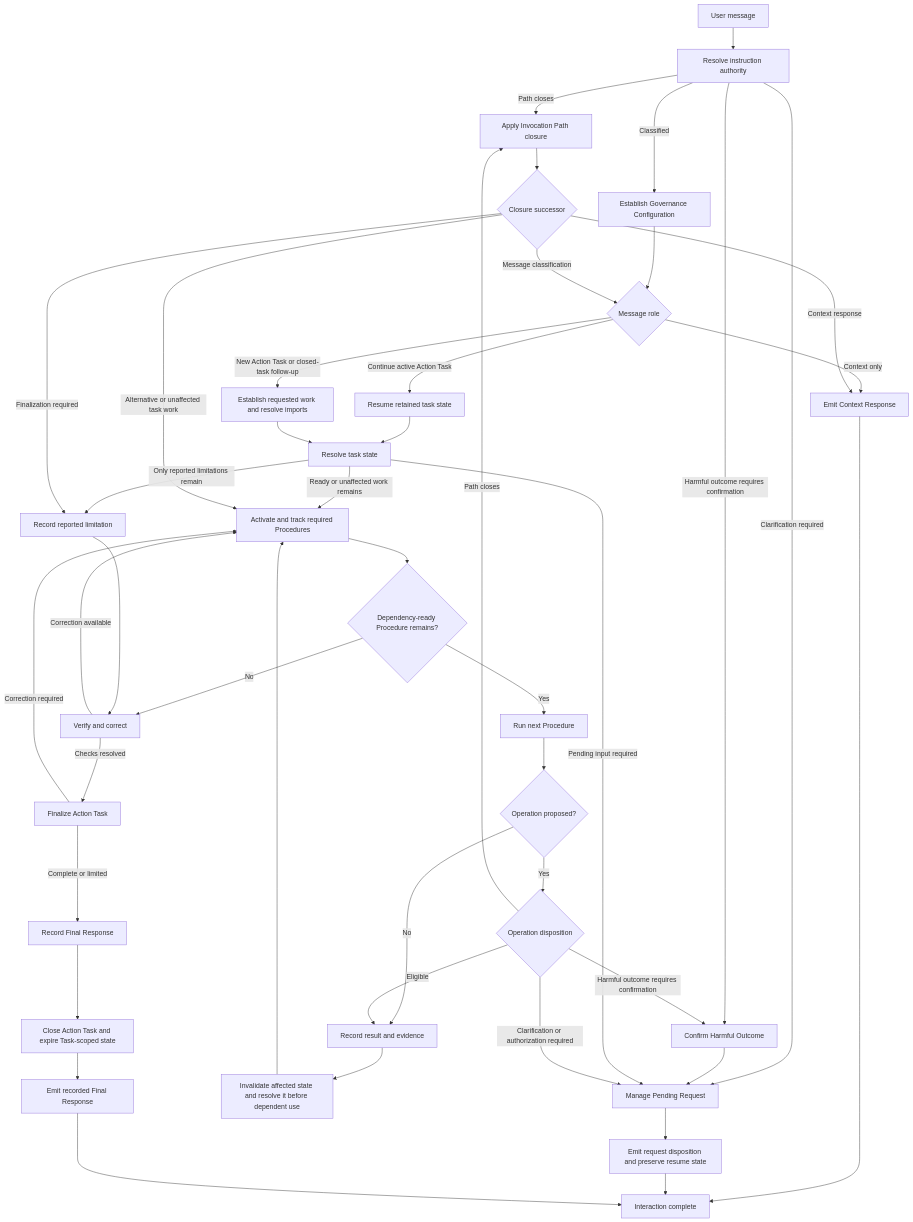
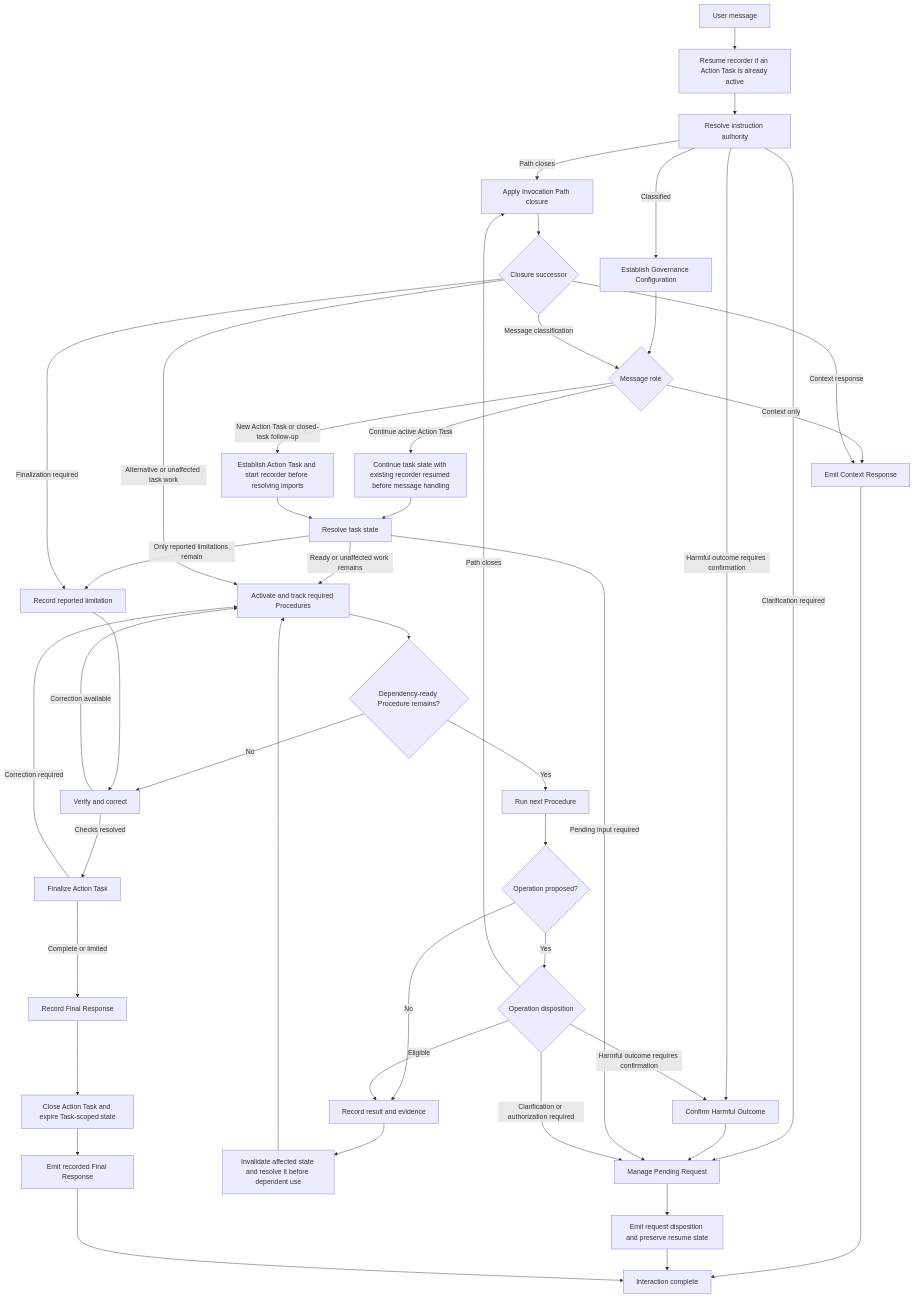
The diagram in README.md (SorinGFS/ai-governance), drawn with Mermaid before and after one commit. The commit also changed other lines of this file and 5 other files, not shown here.

Commit message:
improve flows

````diff
--- a/README.md
+++ b/README.md
@@ -273,53 +289,54 @@
 ```mermaid
 flowchart TD
-    A["User message"] --> B["Resolve instruction authority"]
+    A["User message"] --> AT["Resume recorder if an Action Task is already active"]
+    AT --> B["Resolve instruction authority"]
     B -->|Clarification required| H["Manage Pending Request"]
     B -->|Harmful outcome requires confirmation| U["Confirm Harmful Outcome"]
     B -->|Path closes| N["Apply Invocation Path closure"]
     B -->|Classified| BC["Establish Governance Configuration"]
     BC --> C{"Message role"}
 
     U --> H
     H --> I["Emit request disposition and preserve resume state"]
 
     C -->|Context only| D["Emit Context Response"]
-    C -->|Continue active Action Task| E["Resume retained task state"]
-    C -->|New Action Task or closed-task follow-up| F["Establish requested work and resolve imports"]
+    C -->|Continue active Action Task| E["Continue task state with existing recorder resumed before message handling"]
+    C -->|New Action Task or closed-task follow-up| F["Establish Action Task and start recorder before resolving imports"]
 
     E --> G["Resolve task state"]
     F --> G
     G -->|Pending input required| H
     G -->|Ready or unaffected work remains| J["Activate and track required Procedures"]
     G -->|Only reported limitations remain| P["Record reported limitation"]
 
     J --> V{"Dependency-ready Procedure remains?"}
     V -->|Yes| W["Run next Procedure"]
     V -->|No| Q["Verify and correct"]
     W --> K{"Operation proposed?"}
     K -->|No| M["Record result and evidence"]
     K -->|Yes| L{"Operation disposition"}
     L -->|Eligible| M
     L -->|Clarification or authorization required| H
     L -->|Harmful outcome requires confirmation| U
     L -->|Path closes| N
 
     N --> O{"Closure successor"}
     O -->|Message classification| C
     O -->|Context response| D
     O -->|Alternative or unaffected task work| J
     O -->|Finalization required| P
 
     M --> X["Invalidate affected state and resolve it before dependent use"]
     X --> J
     P --> Q
     Q -->|Correction available| J
     Q -->|Checks resolved| R["Finalize Action Task"]
     R -->|Correction required| J
     R -->|Complete or limited| Y["Record Final Response"]
     Y --> Z["Close Action Task and expire Task-scoped state"]
     Z --> S["Emit recorded Final Response"]
 
     D --> T["Interaction complete"]
     I --> T
     S --> T
 ```
````
